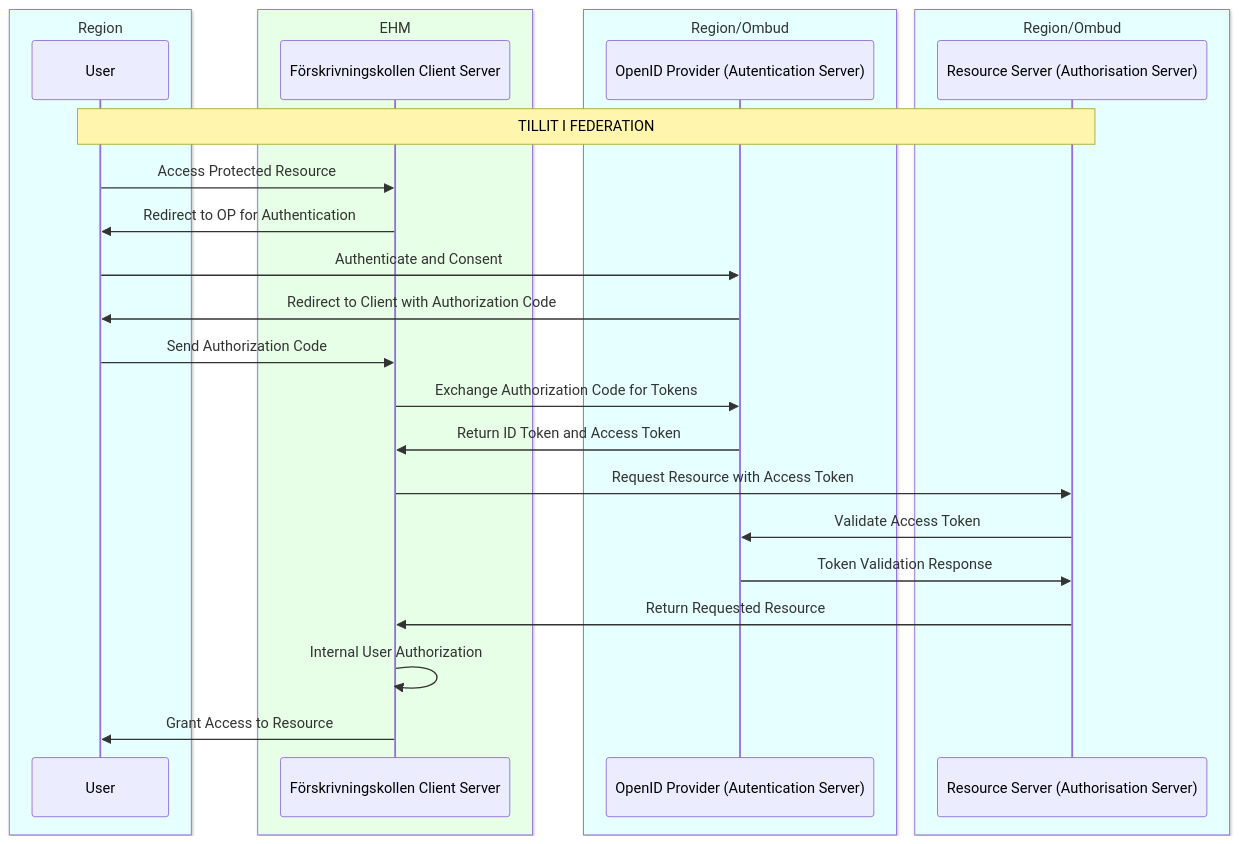
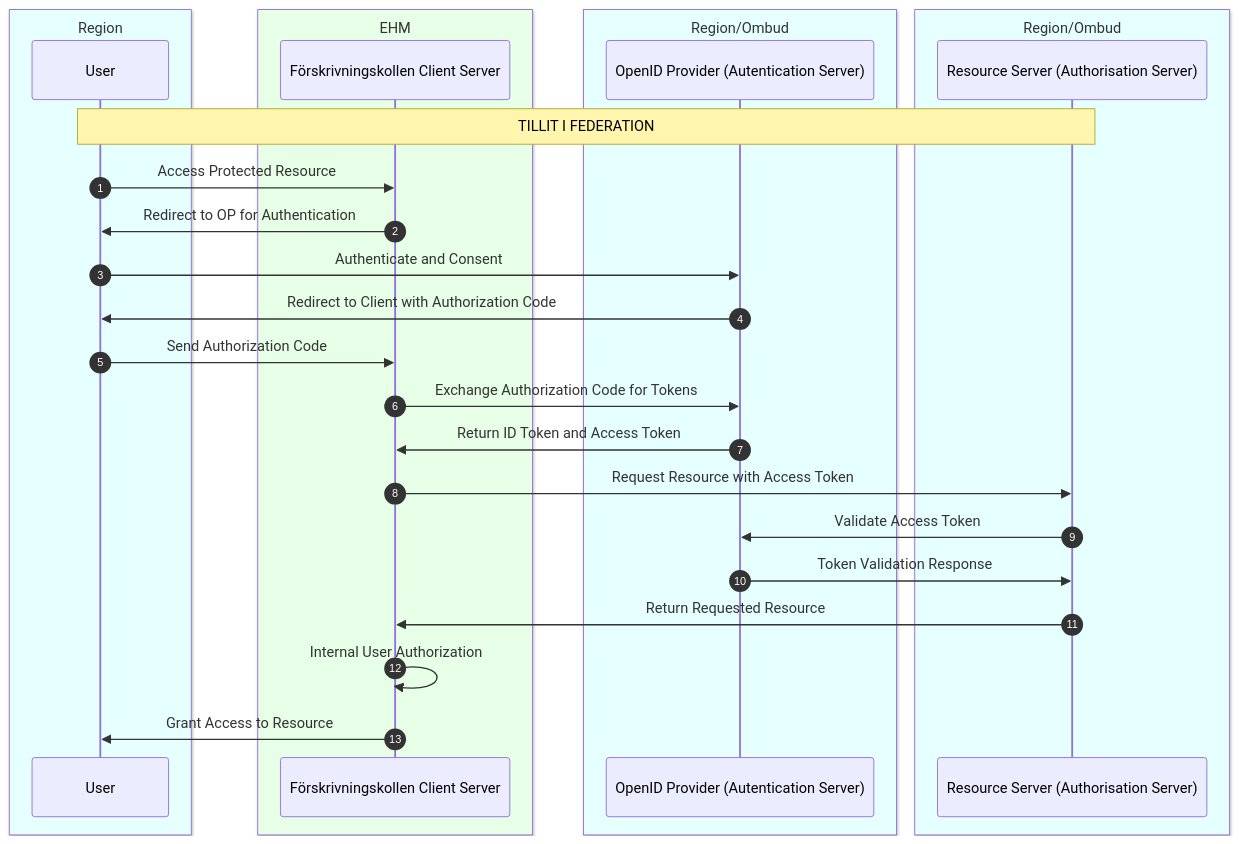
Before and after one commit to diggsweden/ena-authorization: the diagram in architecture/diagrams/förskrivningskollen-oidc.md, drawn with Mermaid.

````diff
--- a/architecture/diagrams/förskrivningskollen-oidc.md
+++ b/architecture/diagrams/förskrivningskollen-oidc.md
@@ -1,32 +1,32 @@
 ```mermaid 
 sequenceDiagram
-
+autonumber
     box rgb(230,255,255) Region
         participant User
     end
     box rgb(230,255,230) EHM
         participant Client as Förskrivningskollen Client Server
     end
     box rgb(230,255,255) Region/Ombud
         participant OP as OpenID Provider (Autentication Server)
     end
     box rgb(230,255,255) Region/Ombud
         participant RS as Resource Server (Authorisation Server)
     end
 
     %% User-to-Server OIDC Flow
     Note over User,RS: TILLIT I FEDERATION
     User->>Client: Access Protected Resource
     Client->>User: Redirect to OP for Authentication
     User->>OP: Authenticate and Consent
     OP->>User: Redirect to Client with Authorization Code
     User->>Client: Send Authorization Code
     Client->>OP: Exchange Authorization Code for Tokens
     OP->>Client: Return ID Token and Access Token
     Client->>RS: Request Resource with Access Token
     RS->>OP: Validate Access Token
     OP->>RS: Token Validation Response
     RS->>Client: Return Requested Resource
     Client->>Client: Internal User Authorization
     Client->>User: Grant Access to Resource
 ```
````
